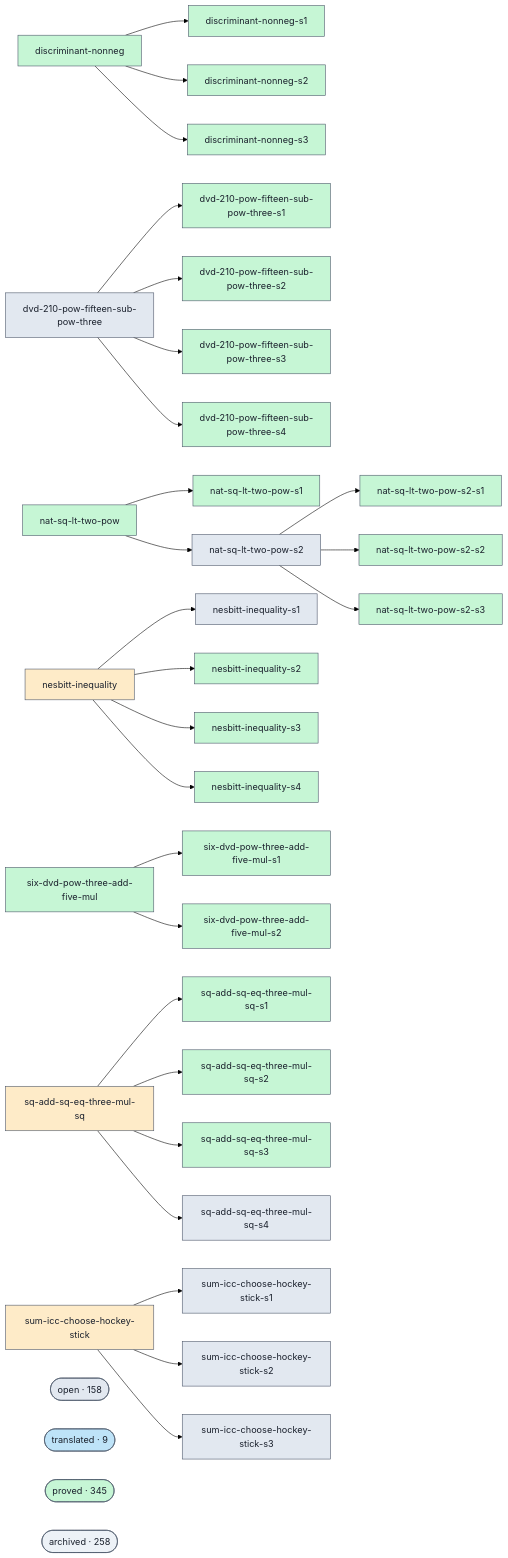
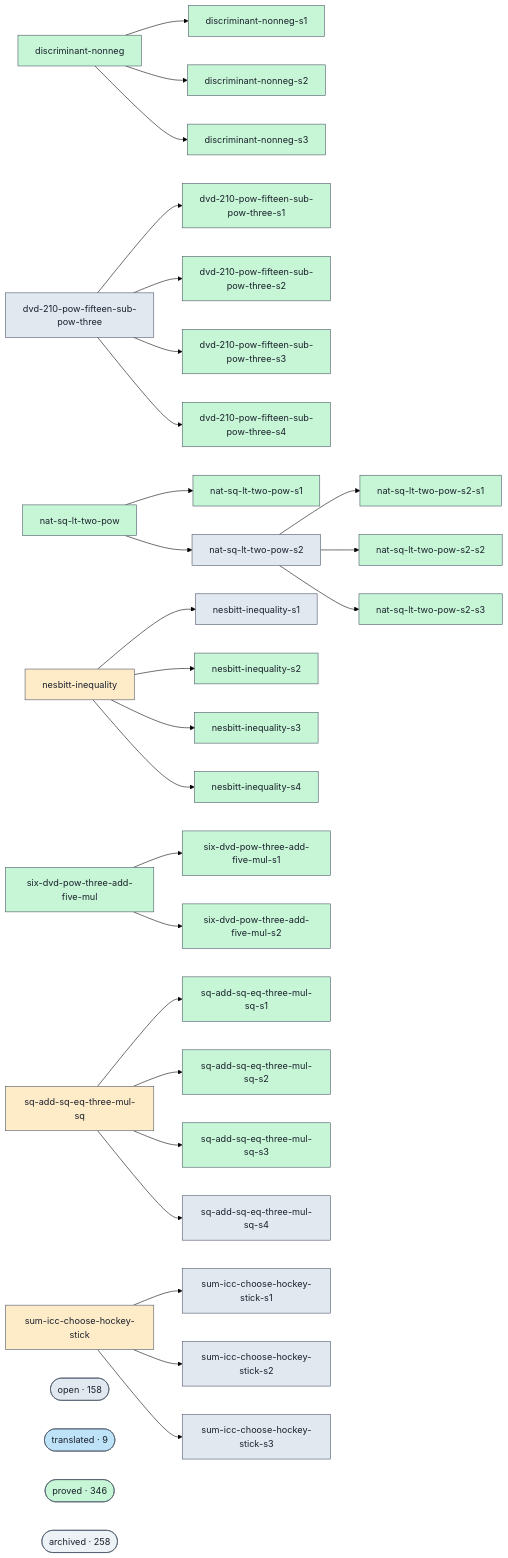
Before and after one commit to ohdearquant/unsorry: the diagram in docs/proofs-contributors-visualisation.md, drawn with Mermaid (forest theme). The commit also changed other lines of this file and 2 other files, not shown here.

```diff
--- a/docs/proofs-contributors-visualisation.md
+++ b/docs/proofs-contributors-visualisation.md
@@ -147,7 +147,7 @@
   class cluster_open open;
   cluster_translated(["translated · 9"])
   class cluster_translated translated;
-  cluster_proved(["proved · 345"])
+  cluster_proved(["proved · 346"])
   class cluster_proved proved;
   cluster_archived(["archived · 258"])
   class cluster_archived unknown;
```
